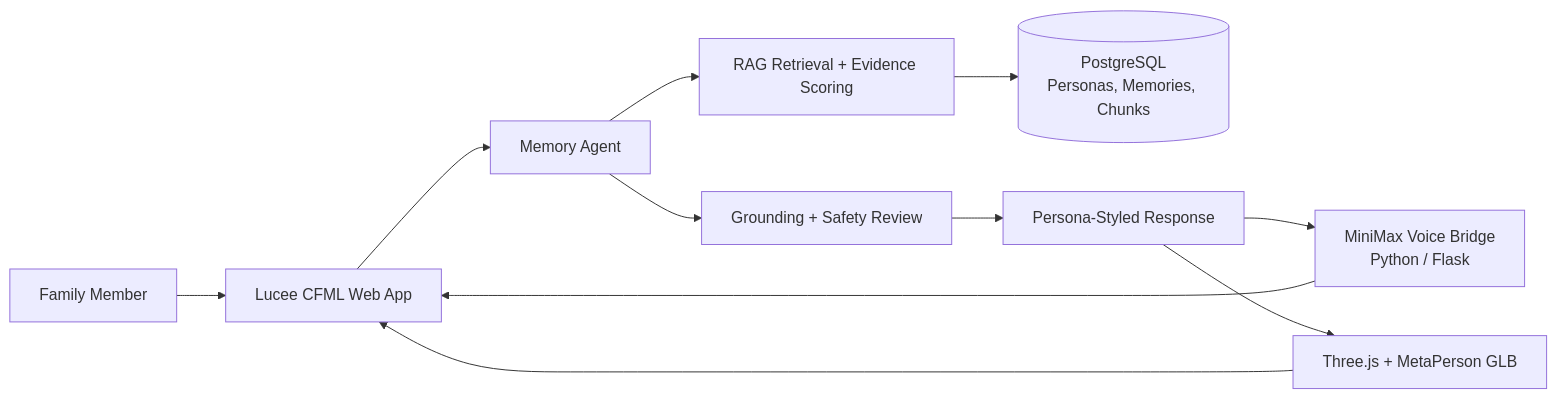
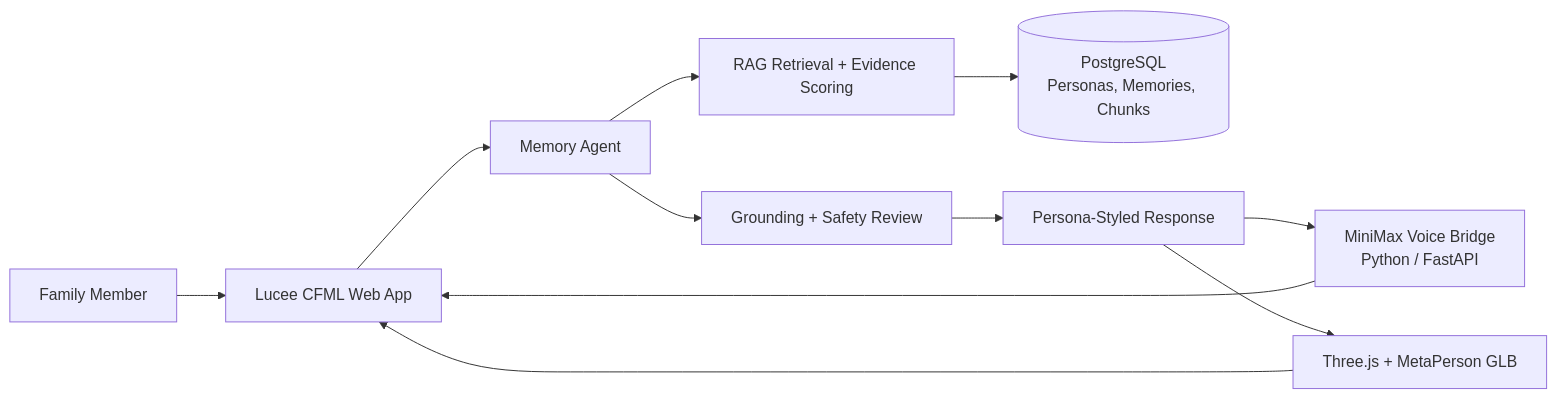
Before and after one commit to wayne-lou/FDE: the diagram in Demo_HM/README.md, drawn with Mermaid. The commit also changed other lines of this file and 1 other file, not shown here.

Commit message:
Correct FastAPI documentation

````diff
--- a/Demo_HM/README.md
+++ b/Demo_HM/README.md
@@ -43,13 +43,13 @@
 ```mermaid
 flowchart LR
     U["Family Member"] --> UI["Lucee CFML Web App"]
     UI --> AG["Memory Agent"]
     AG --> RAG["RAG Retrieval + Evidence Scoring"]
     RAG --> DB[("PostgreSQL<br/>Personas, Memories, Chunks")]
     AG --> SAFE["Grounding + Safety Review"]
     SAFE --> RESP["Persona-Styled Response"]
-    RESP --> VOICE["MiniMax Voice Bridge<br/>Python / Flask"]
+    RESP --> VOICE["MiniMax Voice Bridge<br/>Python / FastAPI"]
     RESP --> AVATAR["Three.js + MetaPerson GLB"]
     VOICE --> UI
     AVATAR --> UI
 ```
````
